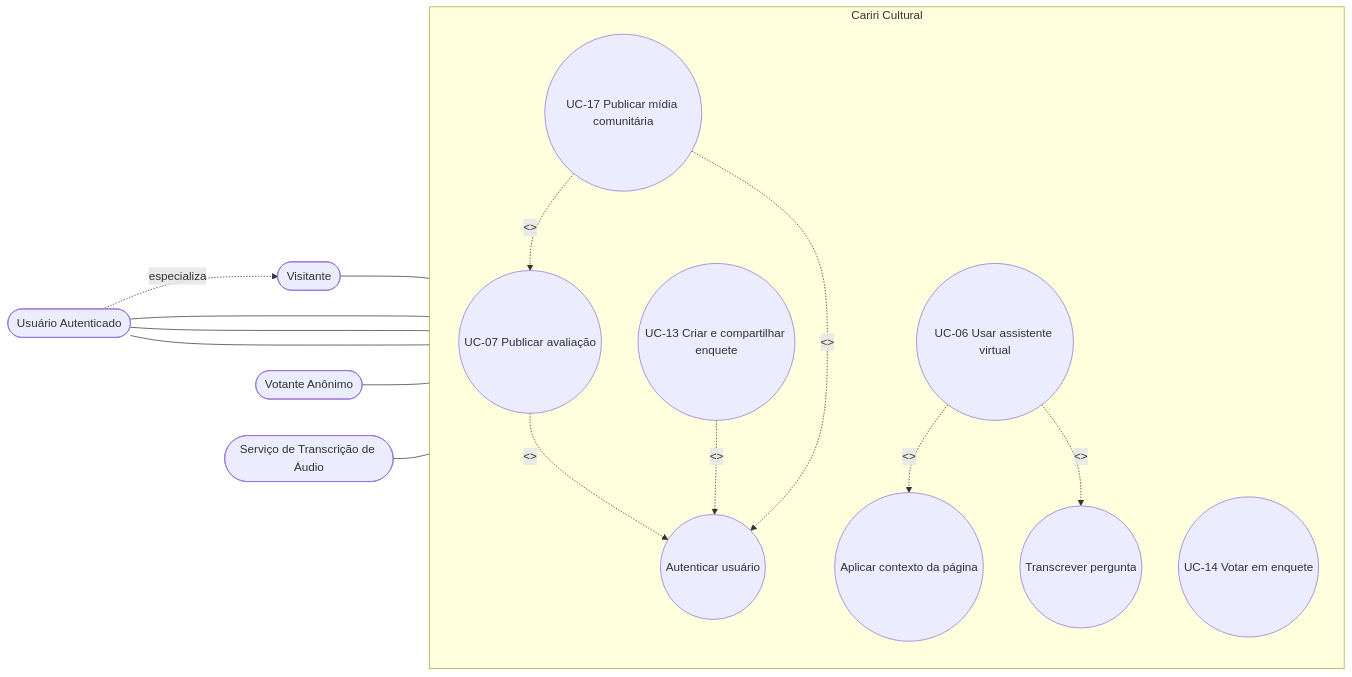
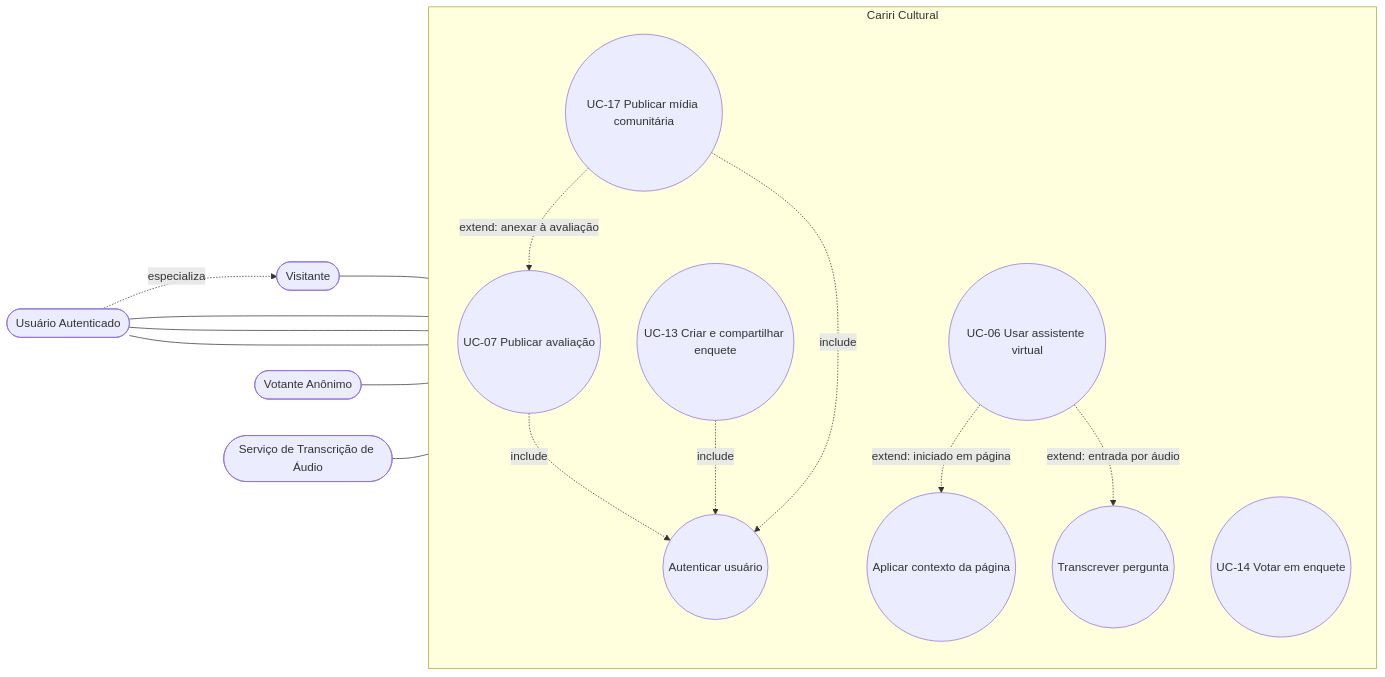
One commit to alan-mendes-ufca/CaririCultural changed the fifth of 5 diagrams in home/user-cases/use-cases-diagram.md. Above: the diagram before and after it, drawn with Mermaid. The commit also changed other lines of this file, not shown here.

Commit message:
fix `use-cases-diagram` relationships

````diff
--- a/home/user-cases/use-cases-diagram.md
+++ b/home/user-cases/use-cases-diagram.md
@@ -178,42 +178,42 @@
 ```mermaid
 flowchart LR
     %% Atores
     V([Visitante])
     U([Usuário Autenticado])
     VA([Votante Anônimo])
     AUD([Serviço de Transcrição de Áudio])
 
     %% Fronteira
     subgraph CC [Cariri Cultural]
         direction TB
         UC06((UC-06 Usar assistente virtual))
         UC07((UC-07 Publicar avaliação))
         UC13((UC-13 Criar e compartilhar enquete))
         UC14((UC-14 Votar em enquete))
         UC17((UC-17 Publicar mídia comunitária))
 
         %% Includes
         AUTH((Autenticar usuário))
 
         %% Extends do UC-06
         CTX((Aplicar contexto da página))
         AUDIO((Transcrever pergunta))
     end
 
     %% Relações Ator -> Caso de Uso
     V --- UC06
     U --- UC07 & UC13 & UC17
     VA --- UC14
     U -.->|especializa| V
 
     %% Relações Include / Extend
-    UC07 -.->|"<<include>>"| AUTH
-    UC13 -.->|"<<include>>"| AUTH
-    UC17 -.->|"<<include>>"| AUTH
+    UC07 -.->|include| AUTH
+    UC13 -.->|include| AUTH
+    UC17 -.->|include| AUTH
 
-    UC06 -.->|"<<extend: iniciado em página>>"| CTX
-    UC06 -.->|"<<extend: entrada por áudio>>"| AUDIO
-    UC17 -.->|"<<extend: anexar à avaliação>>"| UC07
+    UC06 -.->|extend: iniciado em página| CTX
+    UC06 -.->|extend: entrada por áudio| AUDIO
+    UC17 -.->|extend: anexar à avaliação| UC07
 
     AUD --- AUDIO
 ```
````
